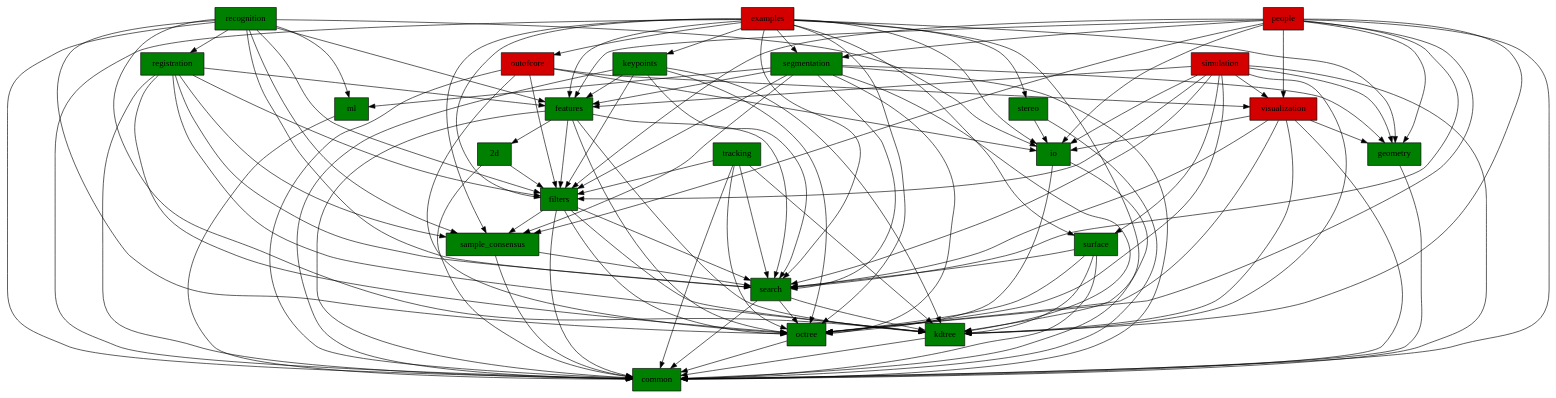
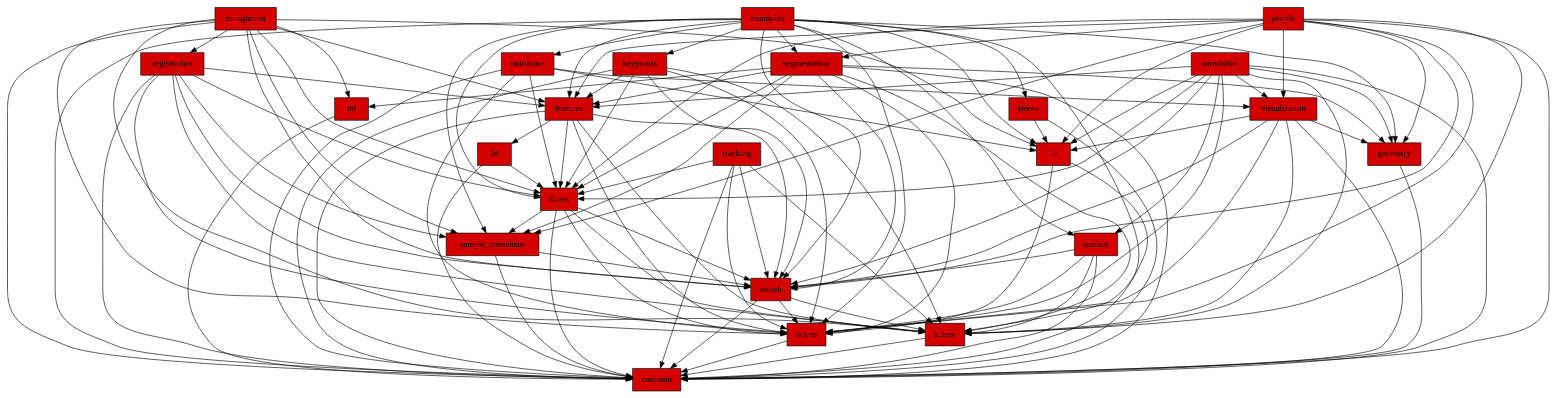
Before and after one commit to SEU-LMD/seu_lidarloc: the diagram in env/pcl-1.10.0/cmake-build-debug/pcl.dot, drawn with Graphviz. The commit also changed 249 other files, not shown here.

```diff
--- a/env/pcl-1.10.0/cmake-build-debug/pcl.dot
+++ b/env/pcl-1.10.0/cmake-build-debug/pcl.dot
@@ -1,138 +1,138 @@
 digraph pcl {
-  "common" [style="filled" fillcolor="#008000" shape="box"];
-   "kdtree" [style="filled" fillcolor="#008000" shape="box"];
+  "common" [style="filled" fillcolor="#D40000" shape="box"];
+   "kdtree" [style="filled" fillcolor="#D40000" shape="box"];
    "kdtree" -> "common";
-  "octree" [style="filled" fillcolor="#008000" shape="box"];
+  "octree" [style="filled" fillcolor="#D40000" shape="box"];
    "octree" -> "common";
-  "search" [style="filled" fillcolor="#008000" shape="box"];
+  "search" [style="filled" fillcolor="#D40000" shape="box"];
    "search" -> "common";
   "search" -> "kdtree";
   "search" -> "octree";
-  "sample_consensus" [style="filled" fillcolor="#008000" shape="box"];
+  "sample_consensus" [style="filled" fillcolor="#D40000" shape="box"];
    "sample_consensus" -> "common";
   "sample_consensus" -> "search";
-  "filters" [style="filled" fillcolor="#008000" shape="box"];
+  "filters" [style="filled" fillcolor="#D40000" shape="box"];
    "filters" -> "common";
   "filters" -> "sample_consensus";
   "filters" -> "search";
   "filters" -> "kdtree";
   "filters" -> "octree";
-  "2d" [style="filled" fillcolor="#008000" shape="box"];
+  "2d" [style="filled" fillcolor="#D40000" shape="box"];
    "2d" -> "common";
   "2d" -> "filters";
-  "geometry" [style="filled" fillcolor="#008000" shape="box"];
+  "geometry" [style="filled" fillcolor="#D40000" shape="box"];
    "geometry" -> "common";
-  "io" [style="filled" fillcolor="#008000" shape="box"];
+  "io" [style="filled" fillcolor="#D40000" shape="box"];
    "io" -> "common";
   "io" -> "octree";
-  "features" [style="filled" fillcolor="#008000" shape="box"];
+  "features" [style="filled" fillcolor="#D40000" shape="box"];
    "features" -> "common";
   "features" -> "search";
   "features" -> "kdtree";
   "features" -> "octree";
   "features" -> "filters";
   "features" -> "2d";
-  "ml" [style="filled" fillcolor="#008000" shape="box"];
+  "ml" [style="filled" fillcolor="#D40000" shape="box"];
    "ml" -> "common";
-  "segmentation" [style="filled" fillcolor="#008000" shape="box"];
+  "segmentation" [style="filled" fillcolor="#D40000" shape="box"];
    "segmentation" -> "common";
   "segmentation" -> "geometry";
   "segmentation" -> "search";
   "segmentation" -> "sample_consensus";
   "segmentation" -> "kdtree";
   "segmentation" -> "octree";
   "segmentation" -> "features";
   "segmentation" -> "filters";
   "segmentation" -> "ml";
   "visualization" [style="filled" fillcolor="#D40000" shape="box"];
    "visualization" -> "common";
   "visualization" -> "io";
   "visualization" -> "kdtree";
   "visualization" -> "geometry";
   "visualization" -> "search";
   "visualization" -> "octree";
-  "surface" [style="filled" fillcolor="#008000" shape="box"];
+  "surface" [style="filled" fillcolor="#D40000" shape="box"];
    "surface" -> "common";
   "surface" -> "search";
   "surface" -> "kdtree";
   "surface" -> "octree";
-  "registration" [style="filled" fillcolor="#008000" shape="box"];
+  "registration" [style="filled" fillcolor="#D40000" shape="box"];
    "registration" -> "common";
   "registration" -> "octree";
   "registration" -> "kdtree";
   "registration" -> "search";
   "registration" -> "sample_consensus";
   "registration" -> "features";
   "registration" -> "filters";
-  "keypoints" [style="filled" fillcolor="#008000" shape="box"];
+  "keypoints" [style="filled" fillcolor="#D40000" shape="box"];
    "keypoints" -> "common";
   "keypoints" -> "search";
   "keypoints" -> "kdtree";
   "keypoints" -> "octree";
   "keypoints" -> "features";
   "keypoints" -> "filters";
-  "tracking" [style="filled" fillcolor="#008000" shape="box"];
+  "tracking" [style="filled" fillcolor="#D40000" shape="box"];
    "tracking" -> "common";
   "tracking" -> "search";
   "tracking" -> "kdtree";
   "tracking" -> "filters";
   "tracking" -> "octree";
-  "recognition" [style="filled" fillcolor="#008000" shape="box"];
+  "recognition" [style="filled" fillcolor="#D40000" shape="box"];
    "recognition" -> "common";
   "recognition" -> "io";
   "recognition" -> "search";
   "recognition" -> "kdtree";
   "recognition" -> "octree";
   "recognition" -> "features";
   "recognition" -> "filters";
   "recognition" -> "registration";
   "recognition" -> "sample_consensus";
   "recognition" -> "ml";
-  "stereo" [style="filled" fillcolor="#008000" shape="box"];
+  "stereo" [style="filled" fillcolor="#D40000" shape="box"];
    "stereo" -> "common";
   "stereo" -> "io";
   "outofcore" [style="filled" fillcolor="#D40000" shape="box"];
    "outofcore" -> "common";
   "outofcore" -> "io";
   "outofcore" -> "filters";
   "outofcore" -> "octree";
   "outofcore" -> "visualization";
   "examples" [style="filled" fillcolor="#D40000" shape="box"];
    "examples" -> "common";
   "examples" -> "io";
   "examples" -> "features";
   "examples" -> "search";
   "examples" -> "kdtree";
   "examples" -> "octree";
   "examples" -> "filters";
   "examples" -> "keypoints";
   "examples" -> "segmentation";
   "examples" -> "sample_consensus";
   "examples" -> "outofcore";
   "examples" -> "stereo";
   "examples" -> "geometry";
   "examples" -> "surface";
   "people" [style="filled" fillcolor="#D40000" shape="box"];
    "people" -> "common";
   "people" -> "kdtree";
   "people" -> "search";
   "people" -> "features";
   "people" -> "sample_consensus";
   "people" -> "filters";
   "people" -> "io";
   "people" -> "visualization";
   "people" -> "geometry";
   "people" -> "segmentation";
   "people" -> "octree";
   "simulation" [style="filled" fillcolor="#D40000" shape="box"];
    "simulation" -> "common";
   "simulation" -> "io";
   "simulation" -> "surface";
   "simulation" -> "kdtree";
   "simulation" -> "features";
   "simulation" -> "search";
   "simulation" -> "octree";
   "simulation" -> "visualization";
   "simulation" -> "filters";
   "simulation" -> "geometry";
 }
```
